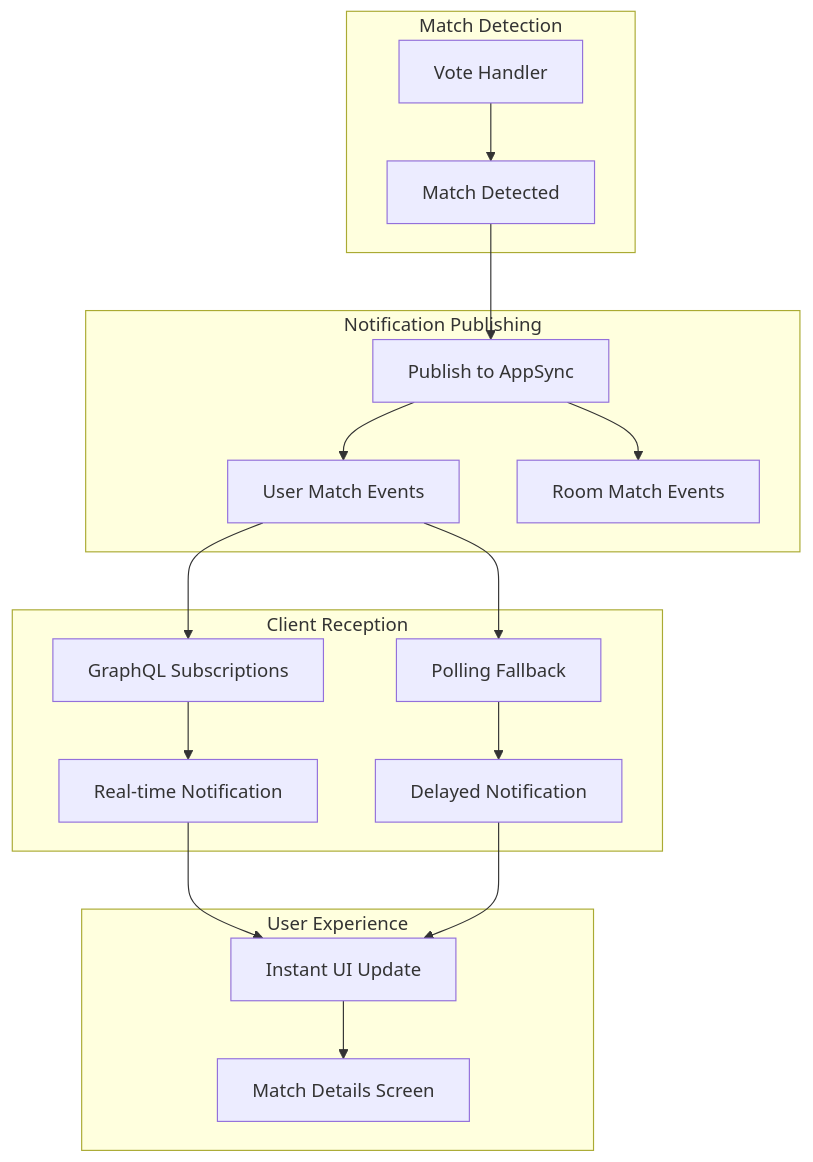
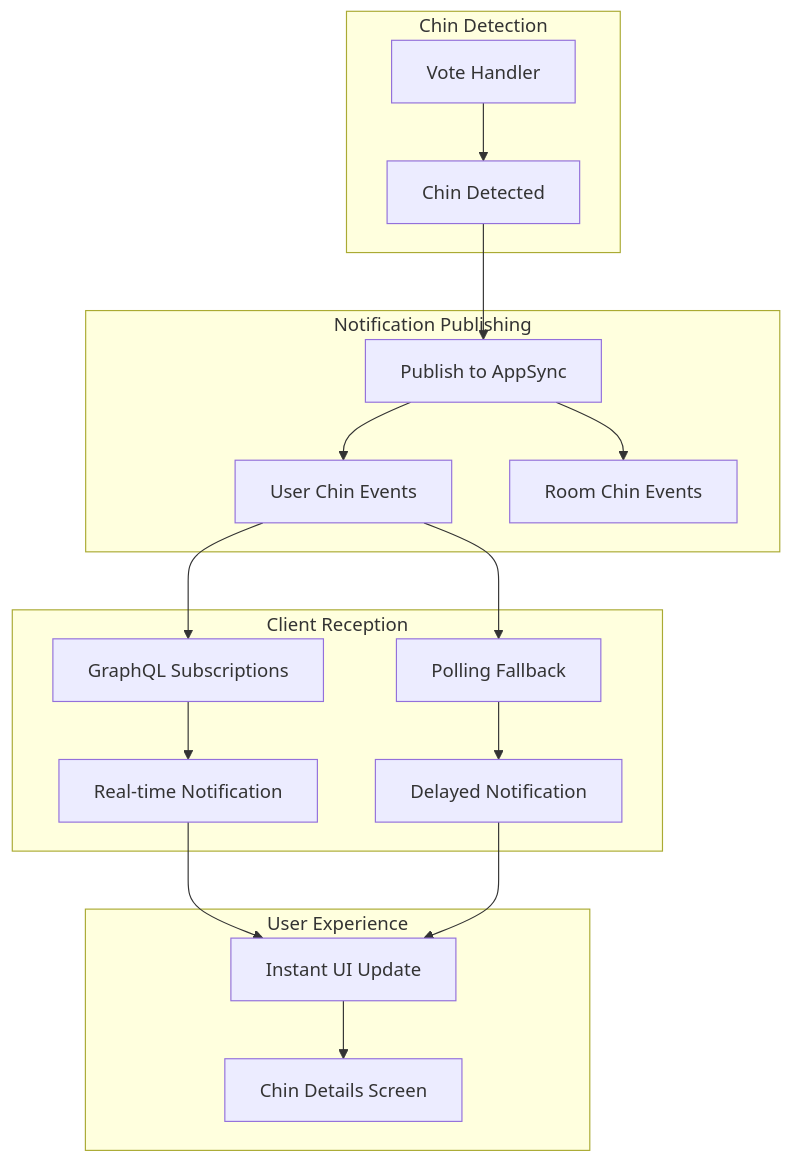
One commit to ibanezbetes/trinity-movie-voting changed the fourth of 6 diagrams in docs/technical/07-application-flows.md. Above: the diagram before and after it, drawn with Mermaid. The commit also changed other lines of this file and 54 other files, not shown here.

````diff
--- a/docs/technical/07-application-flows.md
+++ b/docs/technical/07-application-flows.md
@@ -346,25 +346,25 @@
 ```mermaid
 graph TB
-    subgraph "Match Detection"
-        A[Vote Handler] --> B[Match Detected]
+    subgraph "Chin Detection"
+        A[Vote Handler] --> B[Chin Detected]
     end
     
     subgraph "Notification Publishing"
         B --> C[Publish to AppSync]
-        C --> D[User Match Events]
-        C --> E[Room Match Events]
+        C --> D[User Chin Events]
+        C --> E[Room Chin Events]
     end
     
     subgraph "Client Reception"
         D --> F[GraphQL Subscriptions]
         D --> G[Polling Fallback]
         F --> H[Real-time Notification]
         G --> I[Delayed Notification]
     end
     
     subgraph "User Experience"
         H --> J[Instant UI Update]
         I --> J
-        J --> K[Match Details Screen]
+        J --> K[Chin Details Screen]
     end
 ```
````
